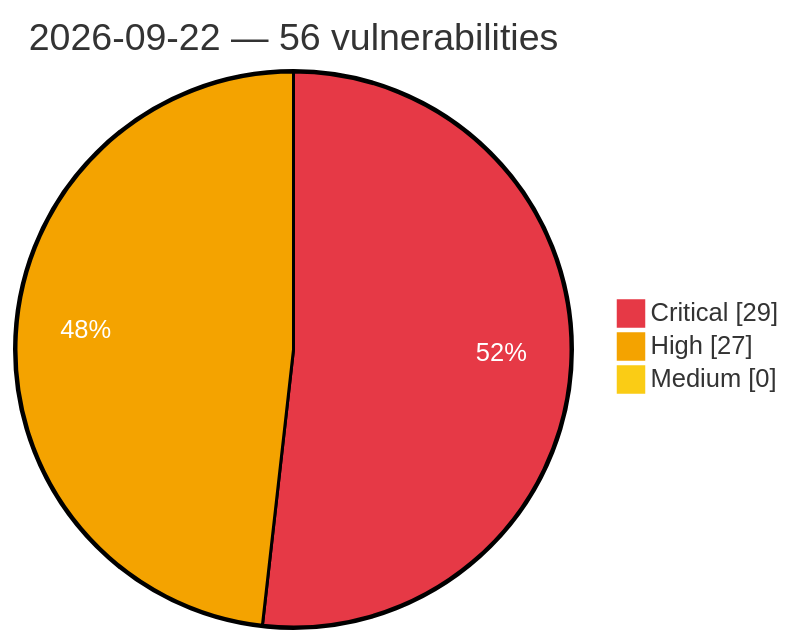
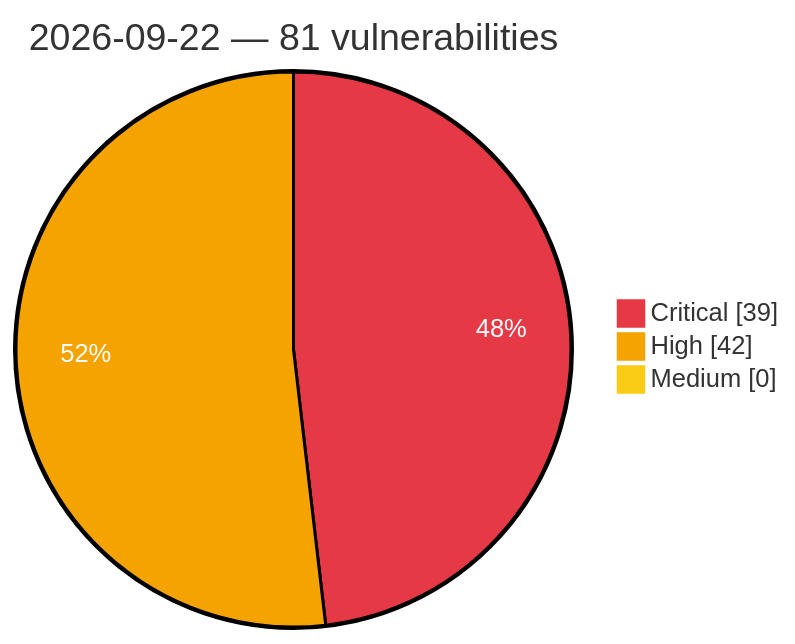
One commit to GhostX0X/vuln-tracker changed the diagram in vulnerabilities/2026/September/2026-09-22.md. Above: the diagram before and after it, drawn with Mermaid. The commit also changed other lines of this file and 5 other files, not shown here.

Commit message:
Auto update: critical/high vulns (2026-09-22 22:12 UTC)

````diff
--- a/vulnerabilities/2026/September/2026-09-22.md
+++ b/vulnerabilities/2026/September/2026-09-22.md
@@ -3,8 +3,8 @@
 ```mermaid
 %%{init: {'theme':'base', 'themeVariables': {'pie1':'#e63946', 'pie2':'#f4a300', 'pie3':'#facc15', 'pieOpacity':'1', 'pieOuterStrokeWidth':'2px', 'pieSectionTextColor':'#ffffff'}}}%%
 pie showData
-    title 2026-09-22 — 56 vulnerabilities
-    "Critical" : 29
-    "High" : 27
+    title 2026-09-22 — 81 vulnerabilities
+    "Critical" : 39
+    "High" : 42
     "Medium" : 0
 ```
````
